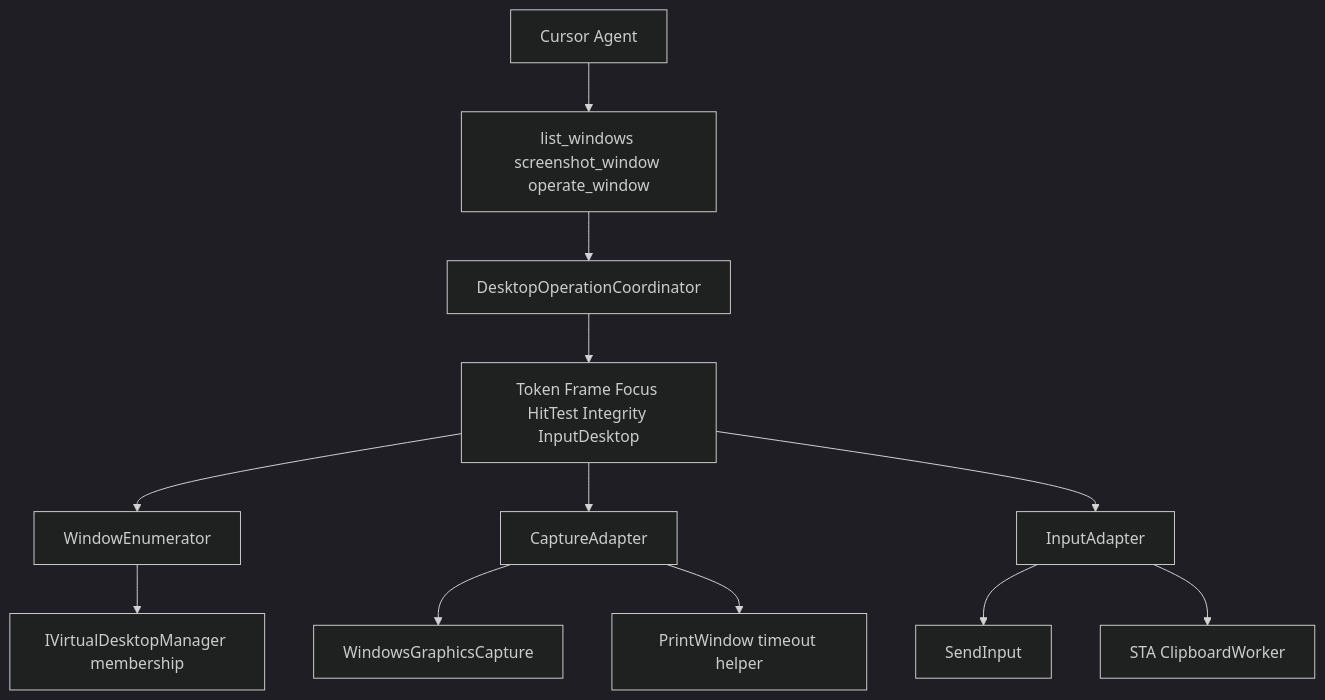
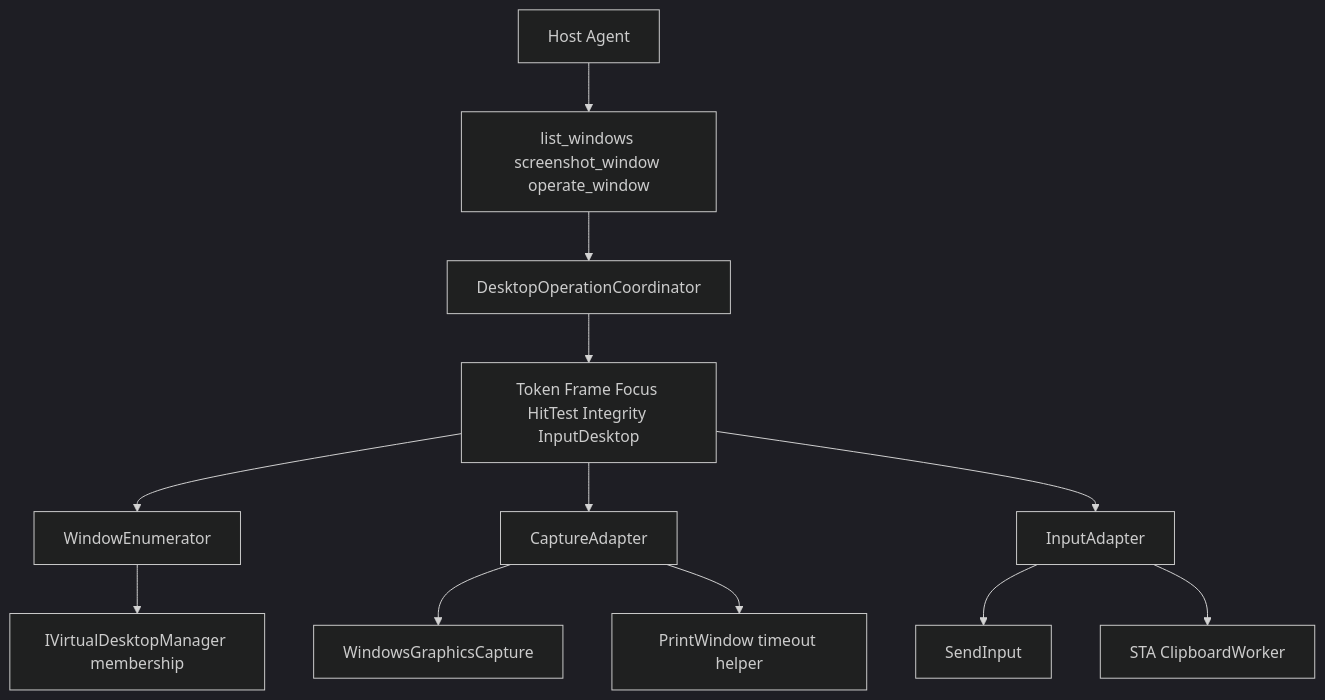
Before and after one commit to xie-fan/computer_use: the diagram in docs/design.md, drawn with Mermaid (dark theme). The commit also changed other lines of this file and 6 other files, not shown here.

````diff
--- a/docs/design.md
+++ b/docs/design.md
@@ -224,14 +224,14 @@
 ```mermaid
 flowchart TB
-  Agent[Cursor Agent] --> Tools[list_windows screenshot_window operate_window]
+  Agent[Host Agent] --> Tools[list_windows screenshot_window operate_window]
   Tools --> Coord[DesktopOperationCoordinator]
   Coord --> Guard[Token Frame Focus HitTest Integrity InputDesktop]
   Guard --> Enum[WindowEnumerator]
   Guard --> Capture[CaptureAdapter]
   Guard --> Input[InputAdapter]
   Enum --> PublicVD[IVirtualDesktopManager membership]
   Capture --> WGC[WindowsGraphicsCapture]
   Capture --> PW[PrintWindow timeout helper]
   Input --> SendInput[SendInput]
   Input --> Clip[STA ClipboardWorker]
 ```
````
